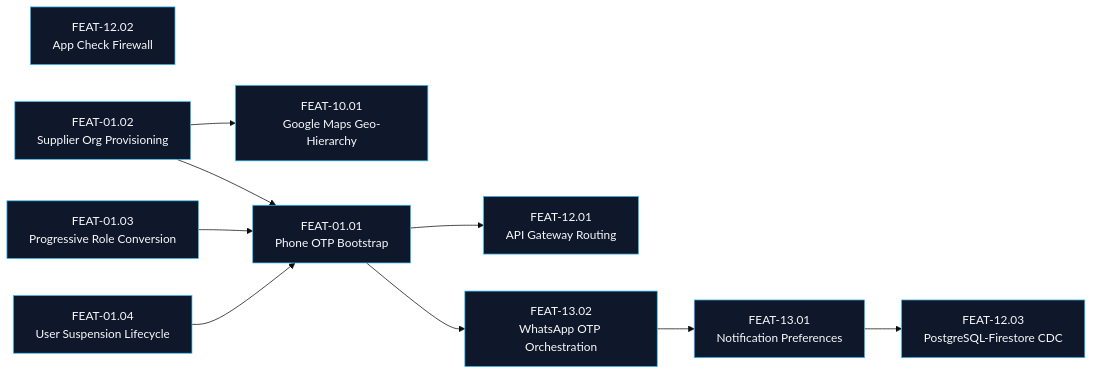
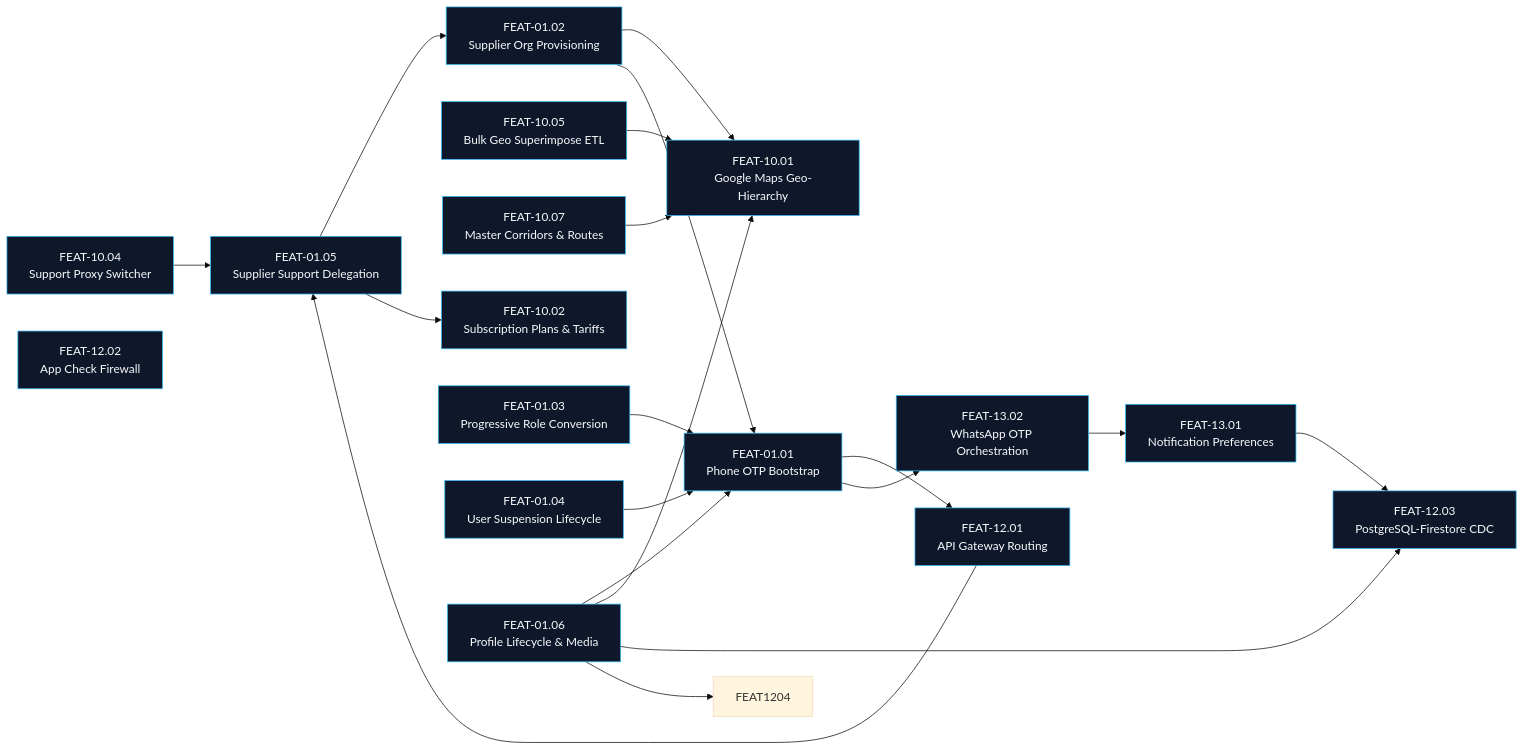
The second of 6 diagrams in work-management/DEPENDENCY-GRAPH.md (vamsi2310/logikchain.com), drawn with Mermaid (base theme) before and after one commit. The commit also changed other lines of this file and 18 other files, not shown here.

Commit message:
Working on work management refining functional and architectural gaps

````diff
--- a/work-management/DEPENDENCY-GRAPH.md
+++ b/work-management/DEPENDENCY-GRAPH.md
@@ -158,27 +158,45 @@
 ```mermaid
 graph LR
     classDef feat fill:#0f172a,stroke:#38bdf8,stroke-width:1px,color:#f8fafc;
 
     FEAT1001["FEAT-10.01<br/>Google Maps Geo-Hierarchy"]:::feat
+    FEAT1002["FEAT-10.02<br/>Subscription Plans & Tariffs"]:::feat
+    FEAT1004["FEAT-10.04<br/>Support Proxy Switcher"]:::feat
+    FEAT1005["FEAT-10.05<br/>Bulk Geo Superimpose ETL"]:::feat
+    FEAT1007["FEAT-10.07<br/>Master Corridors & Routes"]:::feat
     FEAT1201["FEAT-12.01<br/>API Gateway Routing"]:::feat
     FEAT1202["FEAT-12.02<br/>App Check Firewall"]:::feat
     FEAT1203["FEAT-12.03<br/>PostgreSQL-Firestore CDC"]:::feat
 
     FEAT1301["FEAT-13.01<br/>Notification Preferences"]:::feat
     FEAT1302["FEAT-13.02<br/>WhatsApp OTP Orchestration"]:::feat
 
     FEAT0101["FEAT-01.01<br/>Phone OTP Bootstrap"]:::feat
     FEAT0102["FEAT-01.02<br/>Supplier Org Provisioning"]:::feat
     FEAT0103["FEAT-01.03<br/>Progressive Role Conversion"]:::feat
     FEAT0104["FEAT-01.04<br/>User Suspension Lifecycle"]:::feat
+    FEAT0105["FEAT-01.05<br/>Supplier Support Delegation"]:::feat
+    FEAT0106["FEAT-01.06<br/>Profile Lifecycle & Media"]:::feat
 
     FEAT0101 --> FEAT1201
     FEAT0101 --> FEAT1302
     FEAT0102 --> FEAT1001
     FEAT0102 --> FEAT0101
     FEAT0103 --> FEAT0101
     FEAT0104 --> FEAT0101
 
+    FEAT0105 --> FEAT0102
+    FEAT0105 --> FEAT1002
+    FEAT1004 --> FEAT0105
+    FEAT1201 --> FEAT0105
+    FEAT1005 --> FEAT1001
+    FEAT1007 --> FEAT1001
+
+    FEAT0106 --> FEAT0101
+    FEAT0106 --> FEAT1001
+    FEAT0106 --> FEAT1203
+    FEAT0106 --> FEAT1204
+
     FEAT1302 --> FEAT1301
     FEAT1301 --> FEAT1203
 ```
````
